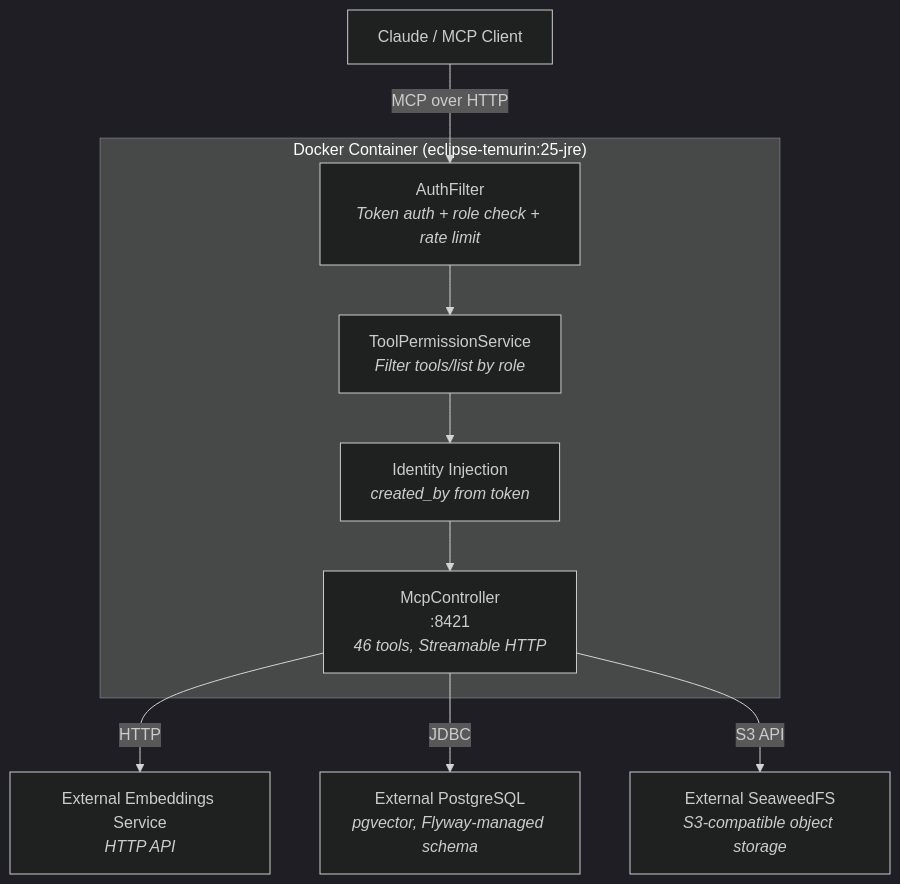
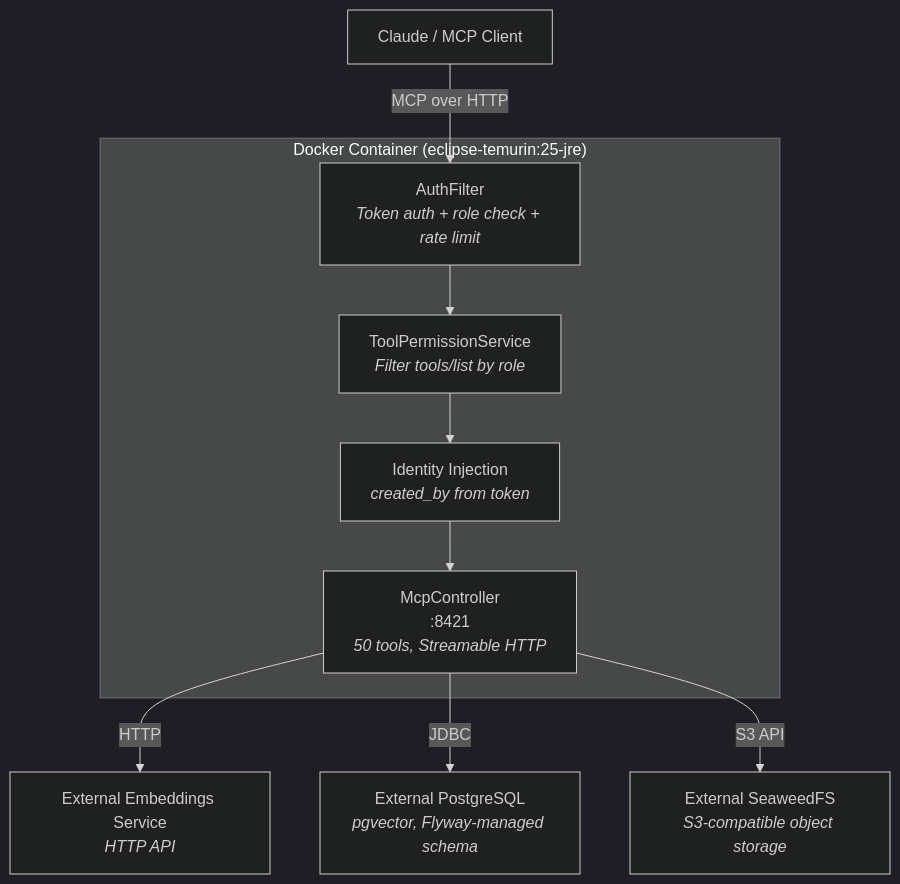
Before and after one commit to ufelmann/HiveMem: the first of 2 diagrams in documentation/architecture.md, drawn with Mermaid (dark theme). The commit also changed 2 other files, not shown here.

Commit message:
docs: list the CLI in the documentation index and correct stale tool counts
The documentation index never linked cli.md, so the CLI page was reachable
only from the root README. Adds an entry and disambiguates it from the
hivemem-token admin script.

getting-started.md claimed 34 tools in one place and 46 in another, and
architecture.md's diagram said 46; the server exposes 50 (53 with
hivemem.contradiction.enabled=true), as tools.md and the root README
already state and as a live tools/list confirms.

Both connect sections told the reader to paste a bearer token into a config
file without mentioning that mcp-serve exists to avoid exactly that.

````diff
--- a/documentation/architecture.md
+++ b/documentation/architecture.md
@@ -3,23 +3,23 @@
 ```mermaid
 graph TB
     Client["Claude / MCP Client"]
 
     subgraph Container["Docker Container (eclipse-temurin:25-jre)"]
         Auth["AuthFilter<br/><i>Token auth + role check + rate limit</i>"]
         ToolGate["ToolPermissionService<br/><i>Filter tools/list by role</i>"]
         Identity["Identity Injection<br/><i>created_by from token</i>"]
-        MCP["McpController<br/>:8421<br/><i>46 tools, Streamable HTTP</i>"]
+        MCP["McpController<br/>:8421<br/><i>50 tools, Streamable HTTP</i>"]
     end
 
     EmbSvc["External Embeddings Service<br/><i>HTTP API</i>"]
     PG["External PostgreSQL<br/><i>pgvector, Flyway-managed schema</i>"]
     SeaweedFS["External SeaweedFS<br/><i>S3-compatible object storage</i>"]
 
     Client -->|"MCP over HTTP"| Auth
     Auth --> ToolGate
     ToolGate --> Identity
     Identity --> MCP
     MCP -->|"HTTP"| EmbSvc
     MCP -->|"JDBC"| PG
     MCP -->|"S3 API"| SeaweedFS
 ```
````
